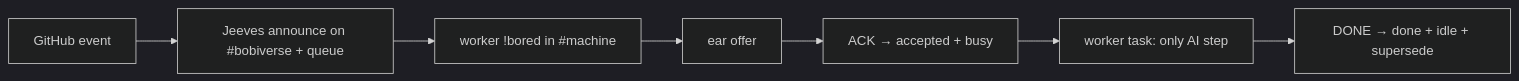
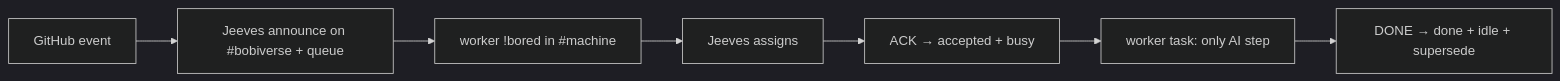
Before and after one commit to SimonBarnett/gh-Jeeves: the diagram in skills/jeeves-token-less-gate/SKILL.md, drawn with Mermaid (dark theme). The commit also changed other lines of this file and 4 other files, not shown here.

````diff
--- a/skills/jeeves-token-less-gate/SKILL.md
+++ b/skills/jeeves-token-less-gate/SKILL.md
@@ -19,9 +22,9 @@
 ```mermaid
 flowchart LR
   E[GitHub event] --> J[Jeeves announce on #bobiverse + queue]
   J --> B["worker !bored in #machine"]
-  B --> O[ear offer]
+  B --> O[Jeeves assigns]
   O --> A[ACK → accepted + busy]
   A --> W[worker task: only AI step]
   W --> D[DONE → done + idle + supersede]
 ```
````
